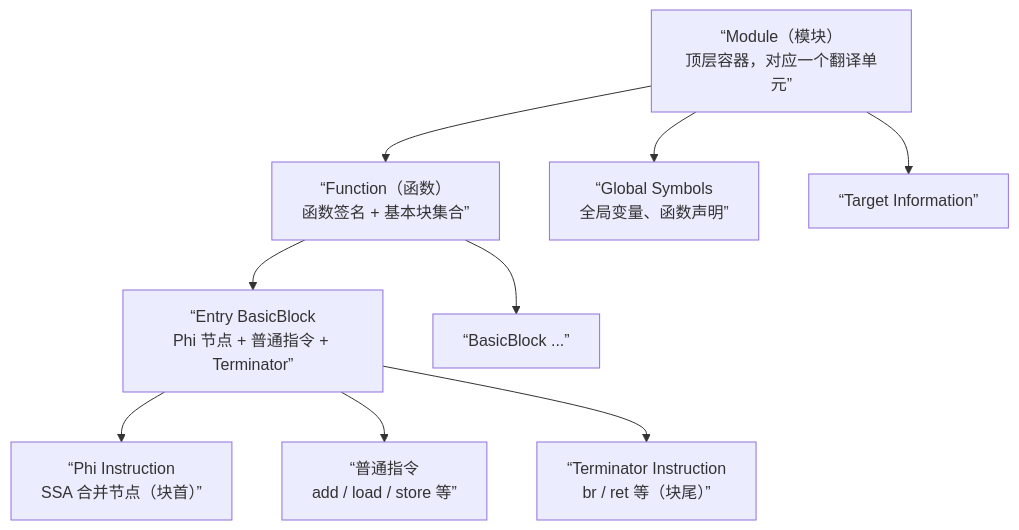
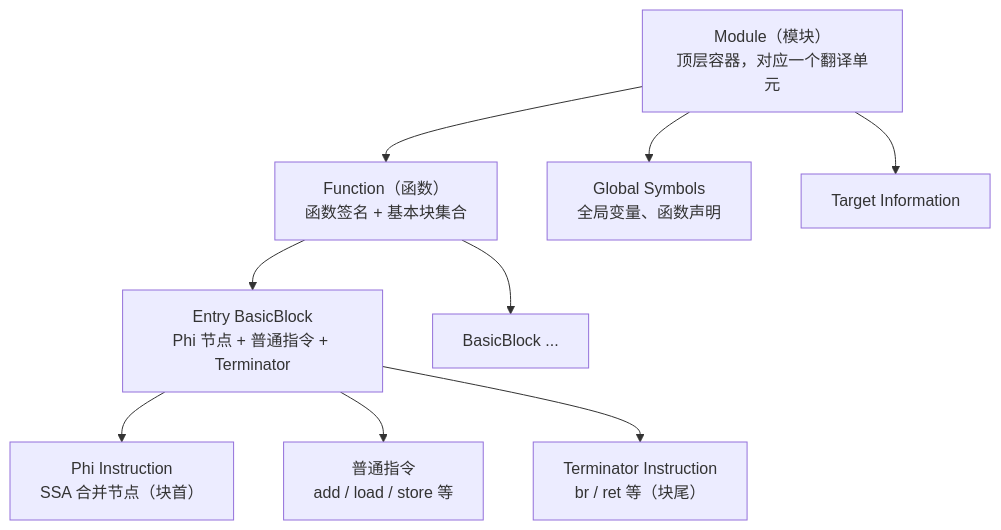
The fourth of 5 diagrams in docs/compiler.md (Chang-Chiang/Performance-Analysis-And-Tuning), drawn with Mermaid before and after one commit. The commit also changed other lines of this file and 9 other files, not shown here.

````diff
--- a/docs/compiler.md
+++ b/docs/compiler.md
@@ -250,12 +288,12 @@
 ```mermaid
 graph TD
-    M[“Module（模块）<br/>顶层容器，对应一个翻译单元”]
-    M --> F[“Function（函数）<br/>函数签名 + 基本块集合”]
-    M --> G[“Global Symbols<br/>全局变量、函数声明”]
-    M --> T[“Target Information”]
-    F --> BB1[“Entry BasicBlock<br/>Phi 节点 + 普通指令 + Terminator”]
-    F --> BB2[“BasicBlock ...”]
-    BB1 --> PHI[“Phi Instruction<br/>SSA 合并节点（块首）”]
-    BB1 --> I[“普通指令<br/>add / load / store 等”]
-    BB1 --> TERM[“Terminator Instruction<br/>br / ret 等（块尾）”]
+    M["Module（模块）<br/>顶层容器，对应一个翻译单元"]
+    M --> F["Function（函数）<br/>函数签名 + 基本块集合"]
+    M --> G["Global Symbols<br/>全局变量、函数声明"]
+    M --> T["Target Information"]
+    F --> BB1["Entry BasicBlock<br/>Phi 节点 + 普通指令 + Terminator"]
+    F --> BB2["BasicBlock ..."]
+    BB1 --> PHI["Phi Instruction<br/>SSA 合并节点（块首）"]
+    BB1 --> I["普通指令<br/>add / load / store 等"]
+    BB1 --> TERM["Terminator Instruction<br/>br / ret 等（块尾）"]
 ```
````
